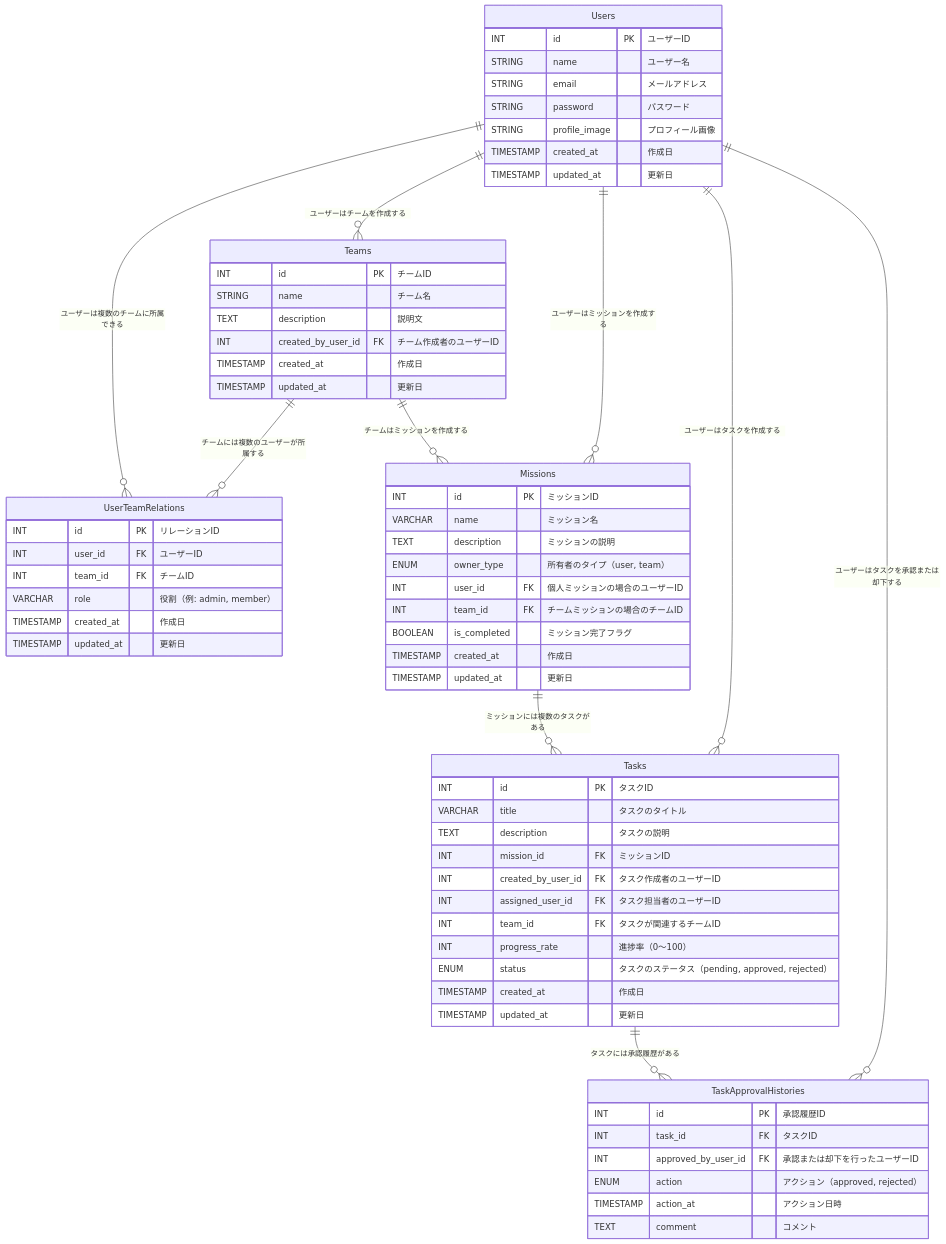
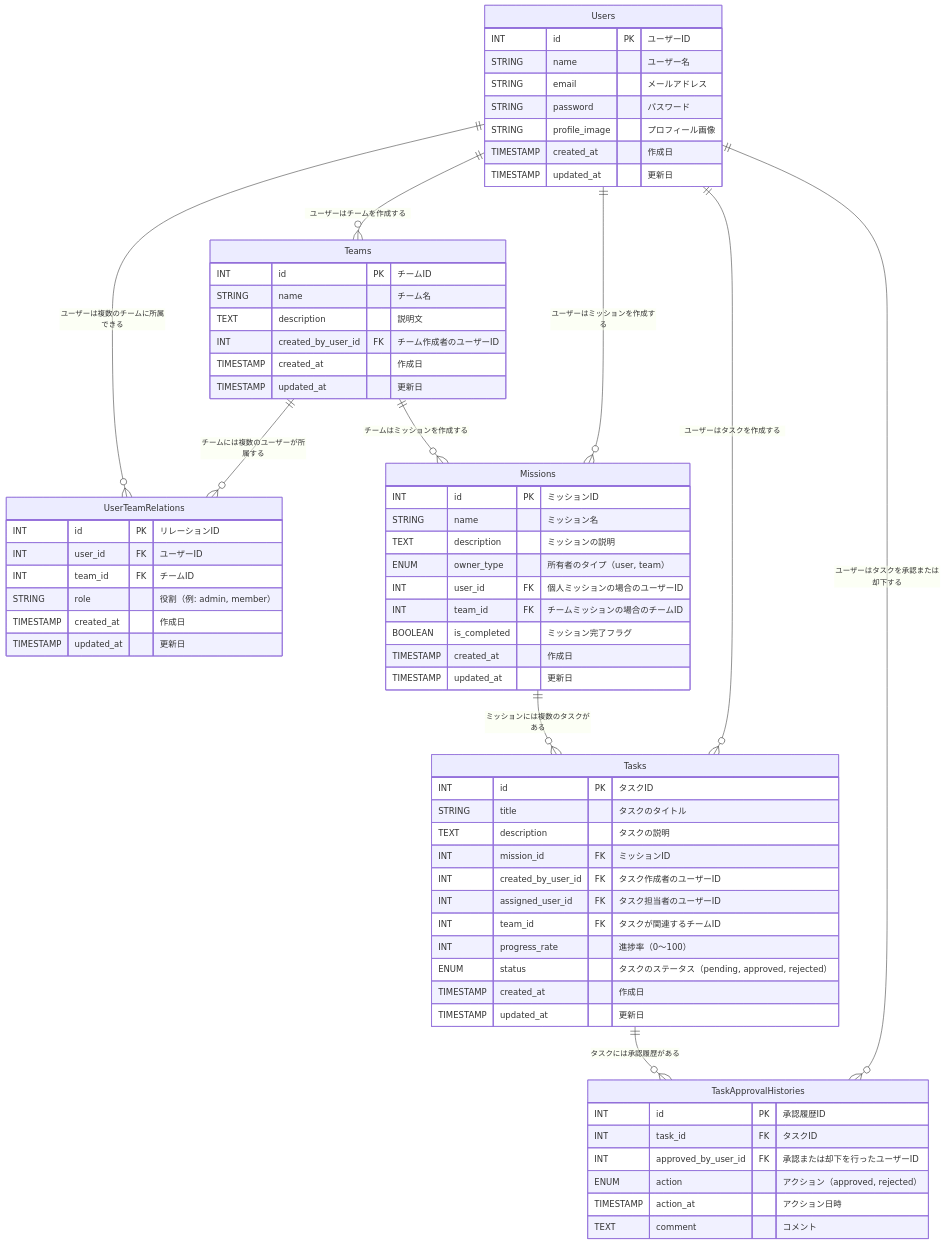
The diagram in README.md (Micknomick/DMission), drawn with Mermaid before and after one commit.

Commit message:
docs:READMEにER図追加

````diff
--- a/README.md
+++ b/README.md
@@ -89,76 +89,76 @@
 ```mermaid
 erDiagram
     Users {
         INT id PK "ユーザーID"
         STRING name "ユーザー名"
         STRING email "メールアドレス"
         STRING password "パスワード"
         STRING profile_image "プロフィール画像"
         TIMESTAMP created_at "作成日"
         TIMESTAMP updated_at "更新日"
     }
 
     Teams {
         INT id PK "チームID"
         STRING name "チーム名"
         TEXT description "説明文"
         INT created_by_user_id FK "チーム作成者のユーザーID"
         TIMESTAMP created_at "作成日"
         TIMESTAMP updated_at "更新日"
     }
 
     UserTeamRelations {
         INT id PK "リレーションID"
         INT user_id FK "ユーザーID"
         INT team_id FK "チームID"
-        VARCHAR role "役割（例: admin, member）"
+        STRING role "役割（例: admin, member）"
         TIMESTAMP created_at "作成日"
         TIMESTAMP updated_at "更新日"
     }
 
     Missions {
         INT id PK "ミッションID"
-        VARCHAR name "ミッション名"
+        STRING name "ミッション名"
         TEXT description "ミッションの説明"
         ENUM owner_type "所有者のタイプ（user, team）"
         INT user_id FK "個人ミッションの場合のユーザーID"
         INT team_id FK "チームミッションの場合のチームID"
         BOOLEAN is_completed "ミッション完了フラグ"
         TIMESTAMP created_at "作成日"
         TIMESTAMP updated_at "更新日"
     }
 
     Tasks {
         INT id PK "タスクID"
-        VARCHAR title "タスクのタイトル"
+        STRING title "タスクのタイトル"
         TEXT description "タスクの説明"
         INT mission_id FK "ミッションID"
         INT created_by_user_id FK "タスク作成者のユーザーID"
         INT assigned_user_id FK "タスク担当者のユーザーID"
         INT team_id FK "タスクが関連するチームID"
         INT progress_rate "進捗率（0～100）"
         ENUM status "タスクのステータス（pending, approved, rejected）"
         TIMESTAMP created_at "作成日"
         TIMESTAMP updated_at "更新日"
     }
 
     TaskApprovalHistories {
         INT id PK "承認履歴ID"
         INT task_id FK "タスクID"
         INT approved_by_user_id FK "承認または却下を行ったユーザーID"
         ENUM action "アクション（approved, rejected）"
         TIMESTAMP action_at "アクション日時"
         TEXT comment "コメント"
     }
 
     Users ||--o{ Teams : "ユーザーはチームを作成する"
     Users ||--o{ UserTeamRelations : "ユーザーは複数のチームに所属できる"
     Teams ||--o{ UserTeamRelations : "チームには複数のユーザーが所属する"
     Teams ||--o{ Missions : "チームはミッションを作成する"
     Users ||--o{ Missions : "ユーザーはミッションを作成する"
     Missions ||--o{ Tasks : "ミッションには複数のタスクがある"
     Users ||--o{ Tasks : "ユーザーはタスクを作成する"
     Tasks ||--o{ TaskApprovalHistories : "タスクには承認履歴がある"
     Users ||--o{ TaskApprovalHistories : "ユーザーはタスクを承認または却下する"
 
 ```
````
